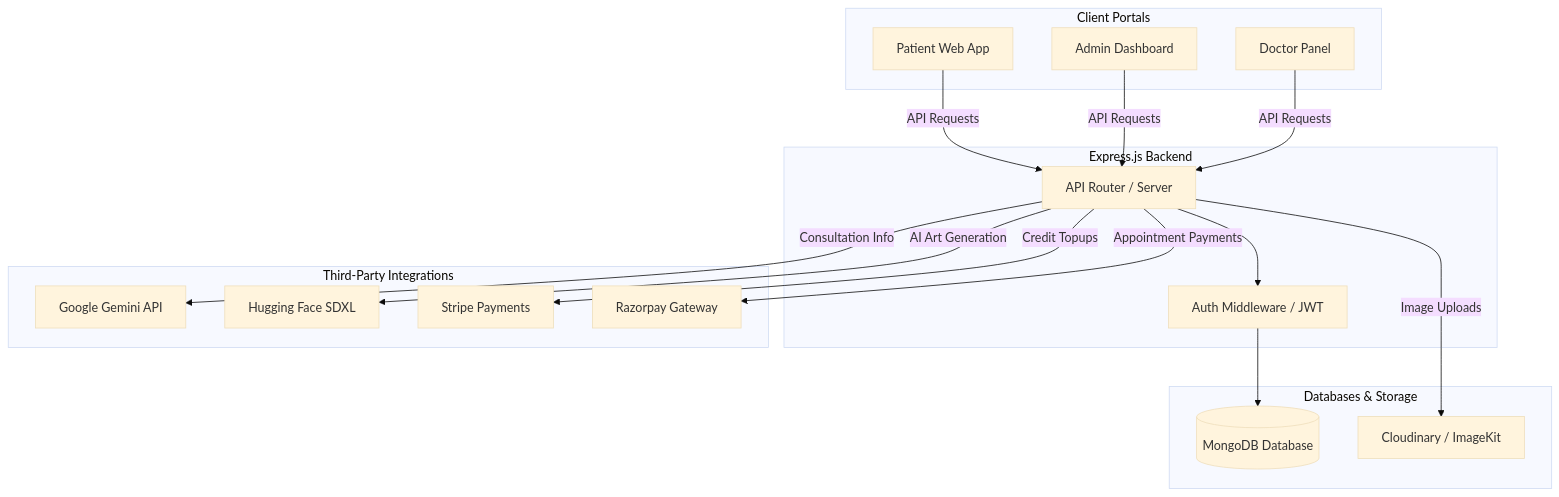
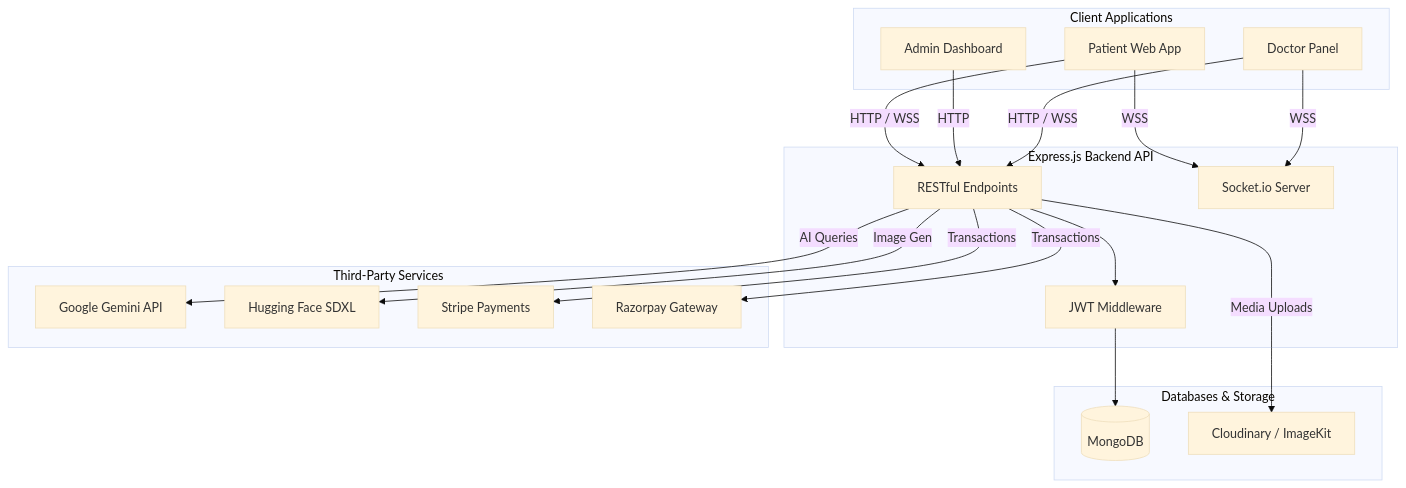
The diagram in README.md (rishisinghal01/Prescripito), drawn with Mermaid (base theme) before and after one commit. The commit also changed other lines of this file, not shown here.

Commit message:
docs: overhaul README with enhanced formatting, architecture diagrams, and detailed feature documentation

````diff
--- a/README.md
+++ b/README.md
@@ -16,43 +45,46 @@
 ```mermaid
 graph TD
     %% Portals
-    subgraph Clients ["Client Portals"]
+    subgraph Clients ["Client Applications"]
         P[Patient Web App]
         A[Admin Dashboard]
         D[Doctor Panel]
     end
 
     %% Backend Service
-    subgraph Server ["Express.js Backend"]
-        API[API Router / Server]
-        Auth[Auth Middleware / JWT]
+    subgraph Server ["Express.js Backend API"]
+        API[RESTful Endpoints]
+        WS[Socket.io Server]
+        Auth[JWT Middleware]
     end
 
     %% Databases
     subgraph Data ["Databases & Storage"]
-        DB[(MongoDB Database)]
+        DB[(MongoDB)]
         Cloud[Cloudinary / ImageKit]
     end
 
     %% External Services
-    subgraph Integrations ["Third-Party Integrations"]
+    subgraph Integrations ["Third-Party Services"]
         Gemini[Google Gemini API]
         HF[Hugging Face SDXL]
         Stripe[Stripe Payments]
         Razorpay[Razorpay Gateway]
     end
 
     %% Communication Flows
-    P -->|API Requests| API
-    A -->|API Requests| API
-    D -->|API Requests| API
+    P -->|HTTP / WSS| API
+    P -->|WSS| WS
+    A -->|HTTP| API
+    D -->|HTTP / WSS| API
+    D -->|WSS| WS
     
     API --> Auth
     Auth --> DB
     
-    API -->|Image Uploads| Cloud
-    API -->|Consultation Info| Gemini
-    API -->|AI Art Generation| HF
-    API -->|Credit Topups| Stripe
-    API -->|Appointment Payments| Razorpay
+    API -->|Media Uploads| Cloud
+    API -->|AI Queries| Gemini
+    API -->|Image Gen| HF
+    API -->|Transactions| Stripe
+    API -->|Transactions| Razorpay
 ```
````
